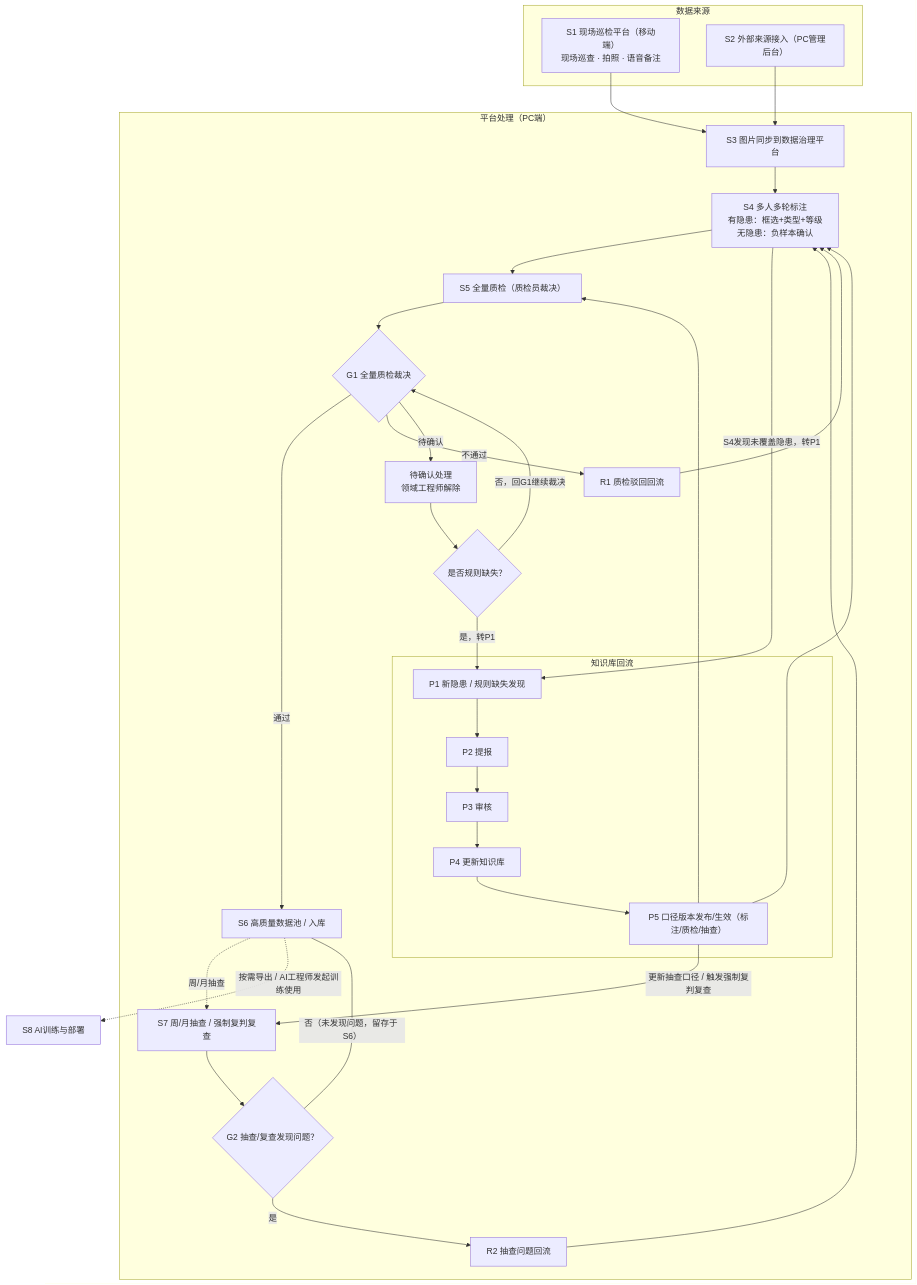
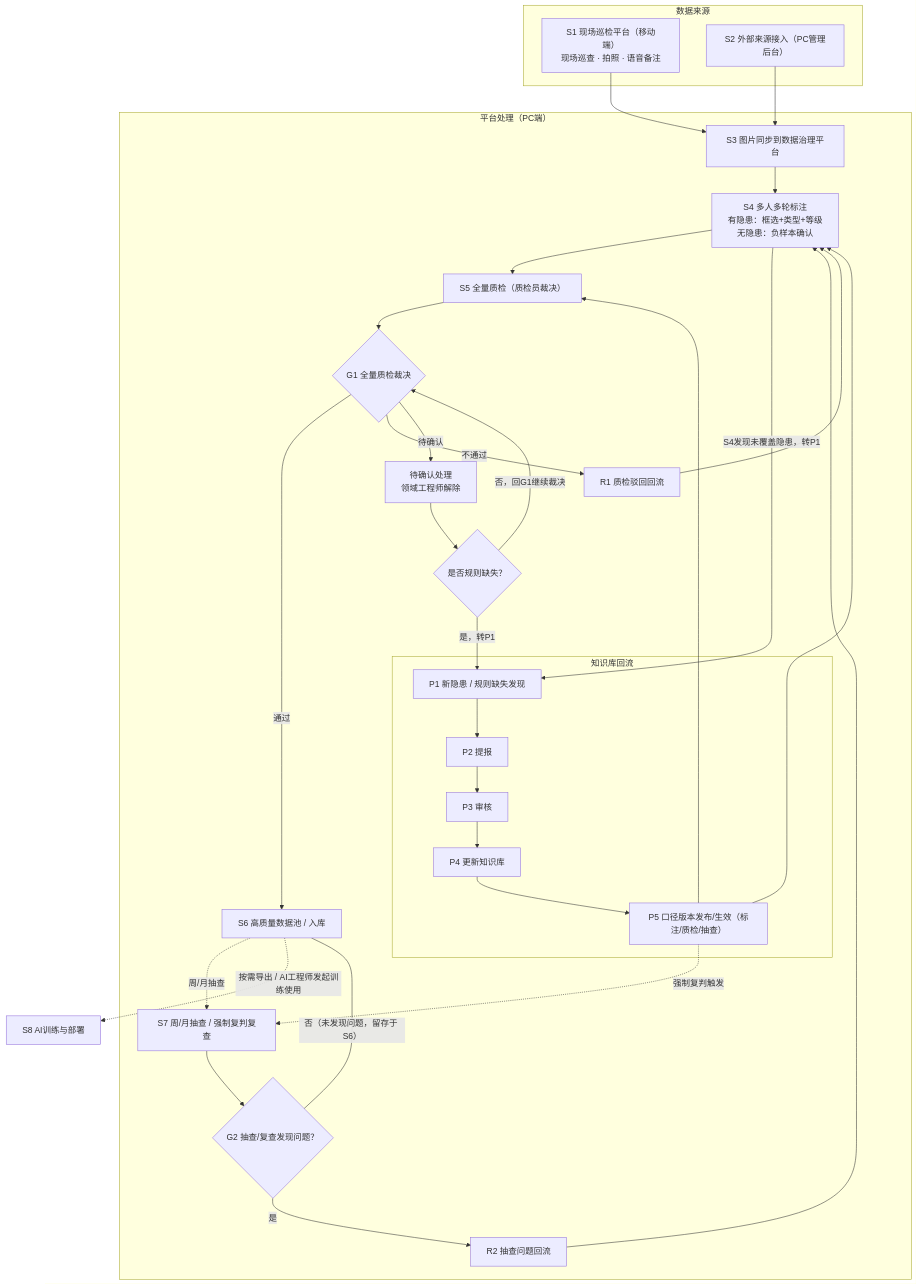
One commit to zhudan930612/Data-governance changed the diagram in 数据治理平台-Mermaid.mmd. Above: the diagram before and after it, drawn with Mermaid. The commit also changed 2 other files, not shown here.

```diff
--- a/数据治理平台-Mermaid.mmd
+++ b/数据治理平台-Mermaid.mmd
@@ -1,45 +1,45 @@
 %%{init: {'theme':'mc'}}%%
 flowchart TD
     subgraph SRC ["数据来源"]
         A1["S1 现场巡检平台（移动端）<br/>现场巡查 · 拍照 · 语音备注"]
         A2["S2 外部来源接入（PC管理后台）"]
     end
 
     subgraph PLT ["平台处理（PC端）"]
         B["S3 图片同步到数据治理平台"]
         B --> E["S4 多人多轮标注<br/>有隐患：框选+类型+等级<br/>无隐患：负样本确认"]
         E --> G["S5 全量质检（质检员裁决）"]
         G --> G1{"G1 全量质检裁决"}
         G1 -->|"通过"| H["S6 高质量数据池 / 入库"]
         G1 -->|"不通过"| R1["R1 质检驳回回流"]
         G1 -->|"待确认"| Q["待确认处理<br/>领域工程师解除"]
         R1 --> E
         Q --> Q1{"是否规则缺失？"}
         Q1 -->|"是，转P1"| U
         Q1 -->|"否，回G1继续裁决"| G1
 
         H -.->|"周/月抽查"| S7["S7 周/月抽查 / 强制复判复查"]
         S7 --> G2{"G2 抽查/复查发现问题？"}
         G2 -->|"是"| R2["R2 抽查问题回流"]
         G2 ---|"否（未发现问题，留存于 S6）"| H
         R2 --> E
 
         subgraph LOOP ["知识库回流"]
             U["P1 新隐患 / 规则缺失发现"]
             U --> V["P2 提报"]
             V --> W["P3 审核"]
             W --> X["P4 更新知识库"]
             X --> Y["P5 口径版本发布/生效（标注/质检/抽查）"]
         end
 
         E -->|"S4发现未覆盖隐患，转P1"| U
         Y --> E
         Y --> G
-        Y -->|"更新抽查口径 / 触发强制复判复查"| S7
+        Y -.->|"强制复判触发"| S7
     end
 
     A1 --> B
     A2 --> B
 
 
     H -.->|"按需导出 / AI工程师发起训练使用"| M["S8 AI训练与部署"]
```
